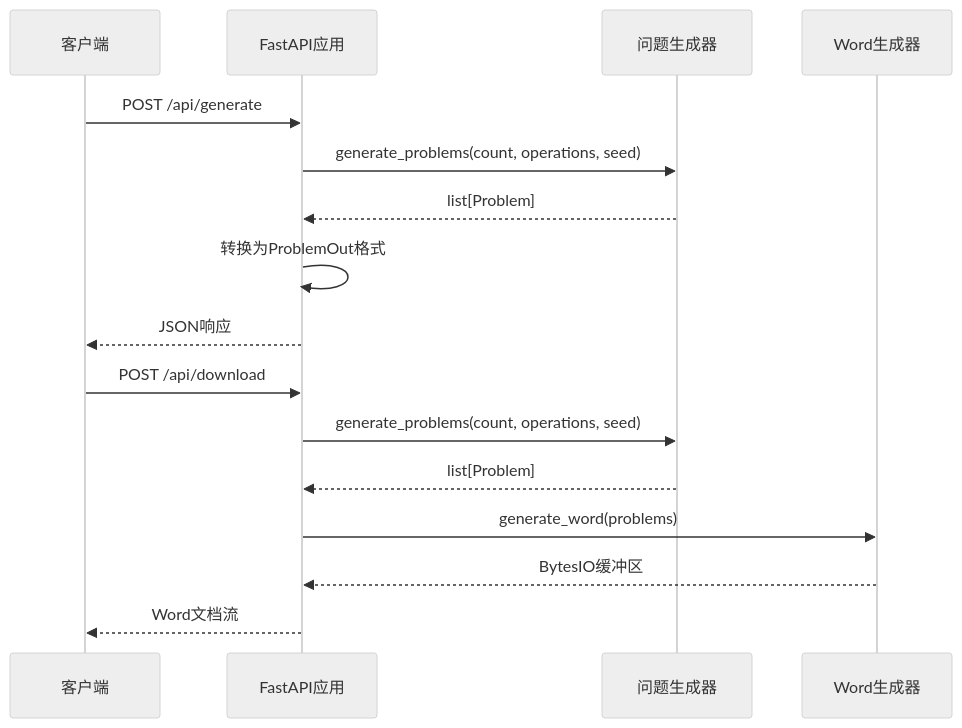
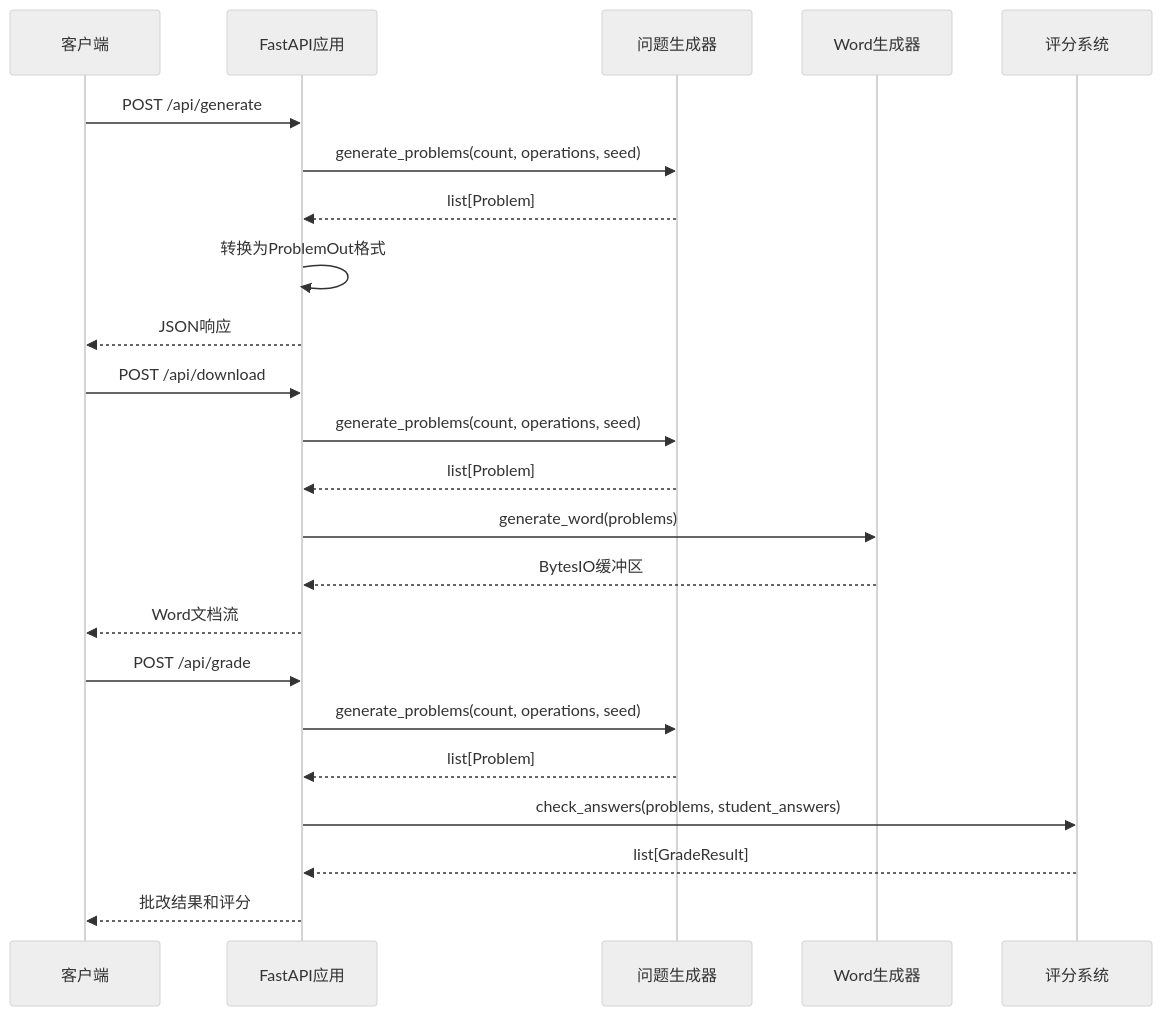
Before and after one commit to SimonWHL/math-learning: the sixth of 9 diagrams in .qoder/repowiki/zh/content/项目结构/核心生成器.md, drawn with Mermaid (neutral theme). The commit also changed other lines of this file and 17 other files, not shown here.

````diff
--- a/.qoder/repowiki/zh/content/项目结构/核心生成器.md
+++ b/.qoder/repowiki/zh/content/项目结构/核心生成器.md
@@ -193,18 +256,25 @@
 ```mermaid
 sequenceDiagram
 participant Client as 客户端
 participant API as FastAPI应用
 participant Generator as 问题生成器
 participant WordGen as Word生成器
+participant Checker as 评分系统
 Client->>API : POST /api/generate
 API->>Generator : generate_problems(count, operations, seed)
 Generator-->>API : list[Problem]
 API->>API : 转换为ProblemOut格式
 API-->>Client : JSON响应
 Client->>API : POST /api/download
 API->>Generator : generate_problems(count, operations, seed)
 Generator-->>API : list[Problem]
 API->>WordGen : generate_word(problems)
 WordGen-->>API : BytesIO缓冲区
 API-->>Client : Word文档流
+Client->>API : POST /api/grade
+API->>Generator : generate_problems(count, operations, seed)
+Generator-->>API : list[Problem]
+API->>Checker : check_answers(problems, student_answers)
+Checker-->>API : list[GradeResult]
+API-->>Client : 批改结果和评分
 ```
````
